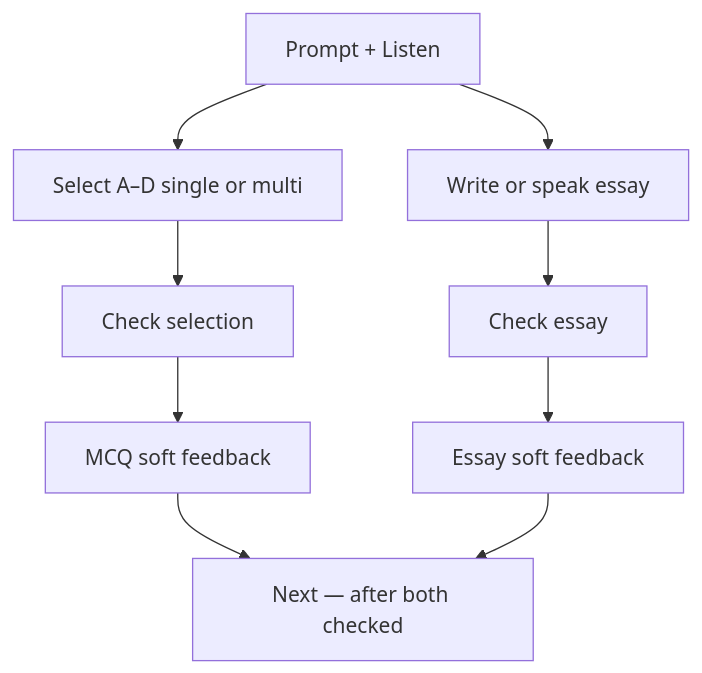
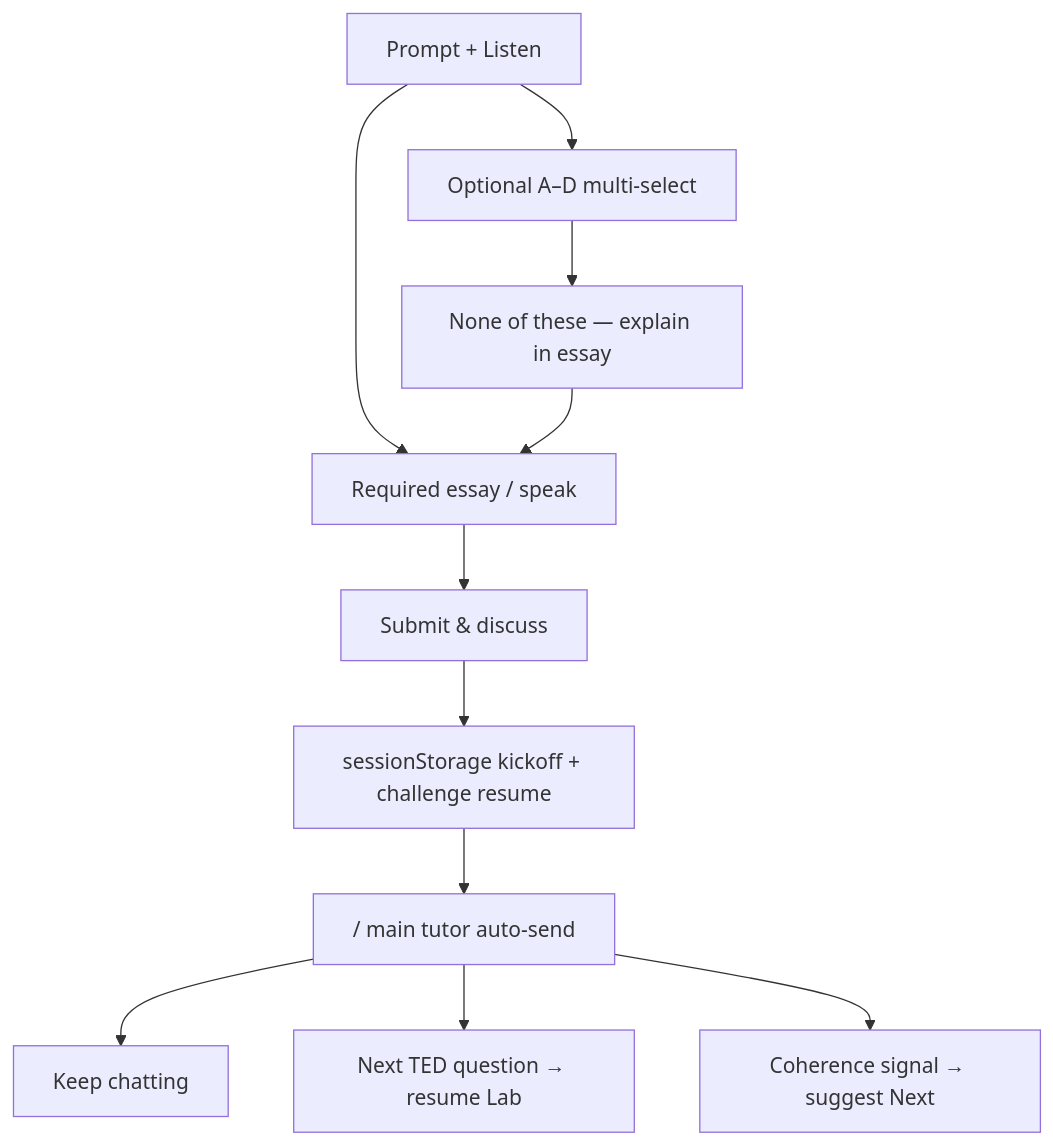
One commit to zilinli/ryan_learning changed the diagram in docs/subsystems/ted-challenge-hybrid-mcq.md. Above: the diagram before and after it, drawn with Mermaid. The commit also changed other lines of this file and 8 other files, not shown here.

First line of the commit message:
feat(ted): optional MCQ + essay submit handoffs to homepage Socratic Q&A

````diff
--- a/docs/subsystems/ted-challenge-hybrid-mcq.md
+++ b/docs/subsystems/ted-challenge-hybrid-mcq.md
@@ -50,11 +42,13 @@
 ```mermaid
 flowchart TD
-  Prompt[Prompt + Listen] --> MCQ[Select A–D single or multi]
-  Prompt --> Essay[Write or speak essay]
-  MCQ --> CheckMCQ[Check selection]
-  Essay --> CheckEssay[Check essay]
-  CheckMCQ --> FBm[MCQ soft feedback]
-  CheckEssay --> FBe[Essay soft feedback]
-  FBm --> Next[Next — after both checked]
-  FBe --> Next
+  Prompt[Prompt + Listen] --> MCQ[Optional A–D multi-select]
+  Prompt --> Essay[Required essay / speak]
+  MCQ --> None[None of these — explain in essay]
+  None --> Essay
+  Essay --> Submit[Submit & discuss]
+  Submit --> Handoff[sessionStorage kickoff + challenge resume]
+  Handoff --> Tutor["/ main tutor auto-send"]
+  Tutor --> Stay[Keep chatting]
+  Tutor --> Next[Next TED question → resume Lab]
+  Tutor --> DoneSignal[Coherence signal → suggest Next]
 ```
````
